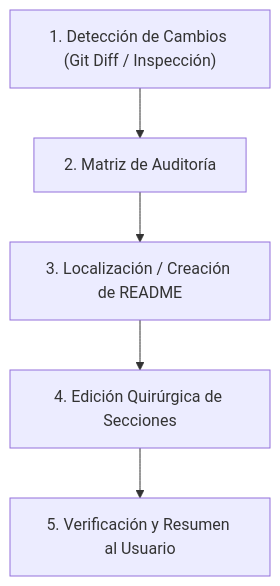
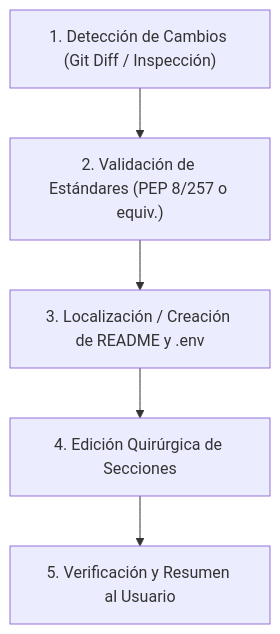
The diagram in doc-guardian/skills/doc-guardian/SKILL.md (Pipin333/MikeMode), drawn with Mermaid before and after one commit. The commit also changed other lines of this file and 14 other files, not shown here.

````diff
--- a/doc-guardian/skills/doc-guardian/SKILL.md
+++ b/doc-guardian/skills/doc-guardian/SKILL.md
@@ -35,7 +69,7 @@
 ```mermaid
 flowchart TD
-    A["1. Detección de Cambios (Git Diff / Inspección)"] --> B["2. Matriz de Auditoría"]
-    B --> C["3. Localización / Creación de README"]
+    A["1. Detección de Cambios (Git Diff / Inspección)"] --> B["2. Validación de Estándares (PEP 8/257 o equiv.)"]
+    B --> C["3. Localización / Creación de README y .env"]
     C --> D["4. Edición Quirúrgica de Secciones"]
     D --> E["5. Verificación y Resumen al Usuario"]
 ```
````
